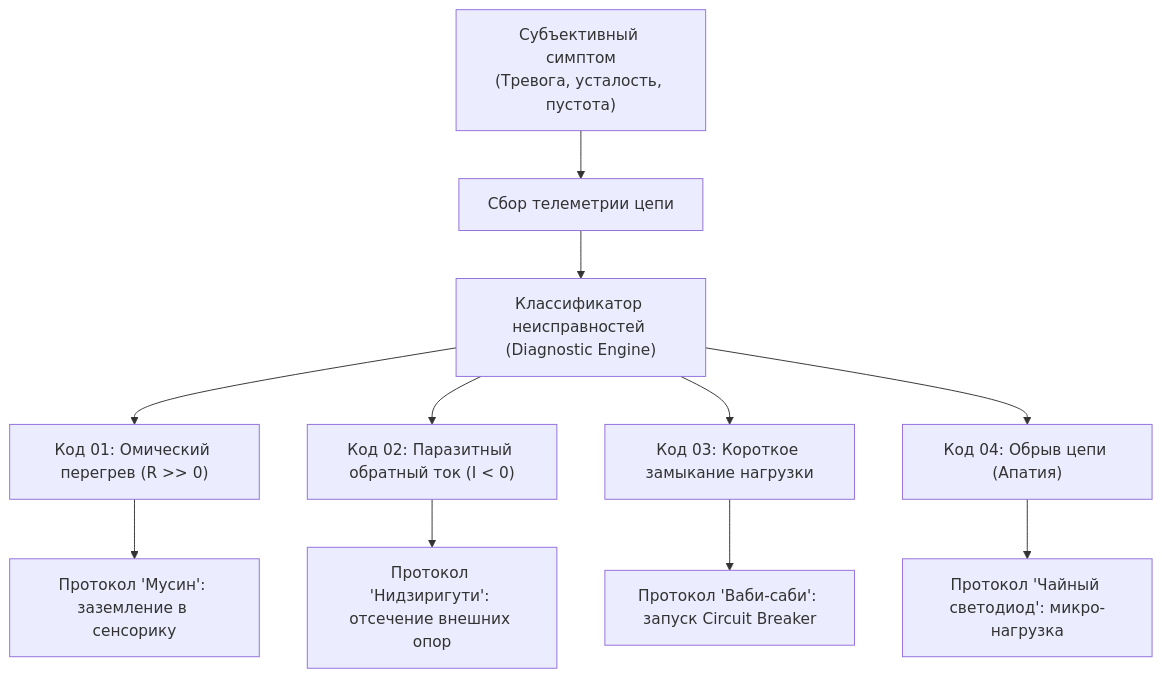
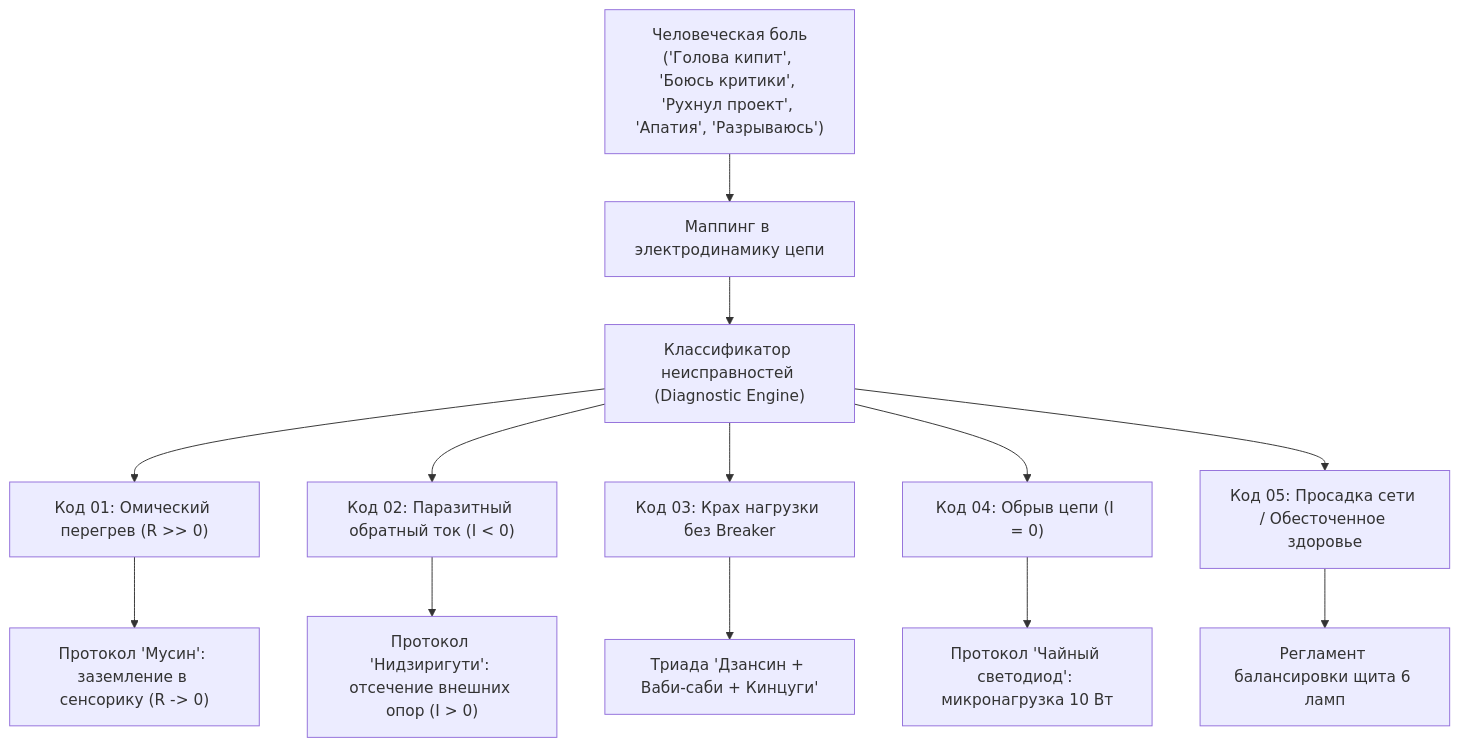
The first of 2 diagrams in wiki/06-diagnostic-machine.md (vsanyanov-ux/inner-current), drawn with Mermaid before and after one commit. The commit also changed other lines of this file and 16 other files, not shown here.

Commit message:
feat(release): v1.2.0 - Zen Engineering & Pain-First Happiness Architecture

````diff
--- a/wiki/06-diagnostic-machine.md
+++ b/wiki/06-diagnostic-machine.md
@@ -11,14 +24,16 @@
 ```mermaid
 flowchart TD
-    State["Субъективный симптом<br/>(Тревога, усталость, пустота)"] --> Telemetry["Сбор телеметрии цепи"]
+    State["Человеческая боль<br/>('Голова кипит', 'Боюсь критики', 'Рухнул проект', 'Апатия', 'Разрываюсь')"] --> Telemetry["Маппинг в электродинамику цепи"]
     Telemetry --> Classifier["Классификатор неисправностей (Diagnostic Engine)"]
     Classifier --> D1["Код 01: Омический перегрев (R >> 0)"]
     Classifier --> D2["Код 02: Паразитный обратный ток (I < 0)"]
-    Classifier --> D3["Код 03: Короткое замыкание нагрузки"]
-    Classifier --> D4["Код 04: Обрыв цепи (Апатия)"]
+    Classifier --> D3["Код 03: Крах нагрузки без Breaker"]
+    Classifier --> D4["Код 04: Обрыв цепи (I = 0)"]
+    Classifier --> D5["Код 05: Просадка сети / Обесточенное здоровье"]
 
-    D1 --> Fix1["Протокол 'Мусин': заземление в сенсорику"]
-    D2 --> Fix2["Протокол 'Нидзиригути': отсечение внешних опор"]
-    D3 --> Fix3["Протокол 'Ваби-саби': запуск Circuit Breaker"]
-    D4 --> Fix4["Протокол 'Чайный светодиод': микро-нагрузка"]
+    D1 --> Fix1["Протокол 'Мусин': заземление в сенсорику (R -> 0)"]
+    D2 --> Fix2["Протокол 'Нидзиригути': отсечение внешних опор (I > 0)"]
+    D3 --> Fix3["Триада 'Дзансин + Ваби-саби + Кинцуги'"]
+    D4 --> Fix4["Протокол 'Чайный светодиод': микронагрузка 10 Вт"]
+    D5 --> Fix5["Регламент балансировки щита 6 ламп"]
 ```
````
